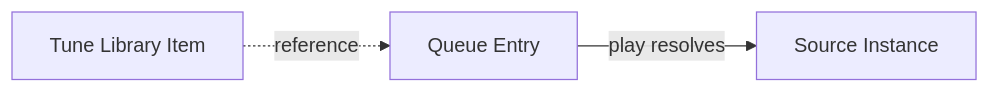
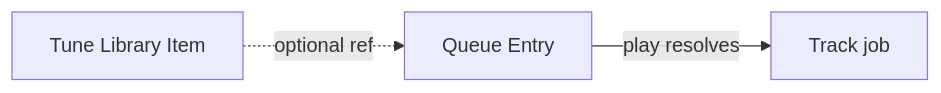
Before and after one commit to Bardie-radio/bardie-kithara: the diagram in docs/architecture/domains/library-and-tunes.md, drawn with Mermaid. The commit also changed other lines of this file and 37 other files, not shown here.

Commit message:
Refactor architecture documentation to clarify audio processing and module interactions.

````diff
--- a/docs/architecture/domains/library-and-tunes.md
+++ b/docs/architecture/domains/library-and-tunes.md
@@ -3,8 +3,8 @@
 ```mermaid
 flowchart LR
   Tune[Tune Library Item]
   Queue[Queue Entry]
-  Instance[Source Instance]
-  Tune -.->|reference| Queue
-  Queue -->|play resolves| Instance
+  Job[Track job]
+  Tune -.->|optional ref| Queue
+  Queue -->|play resolves| Job
 ```
````
